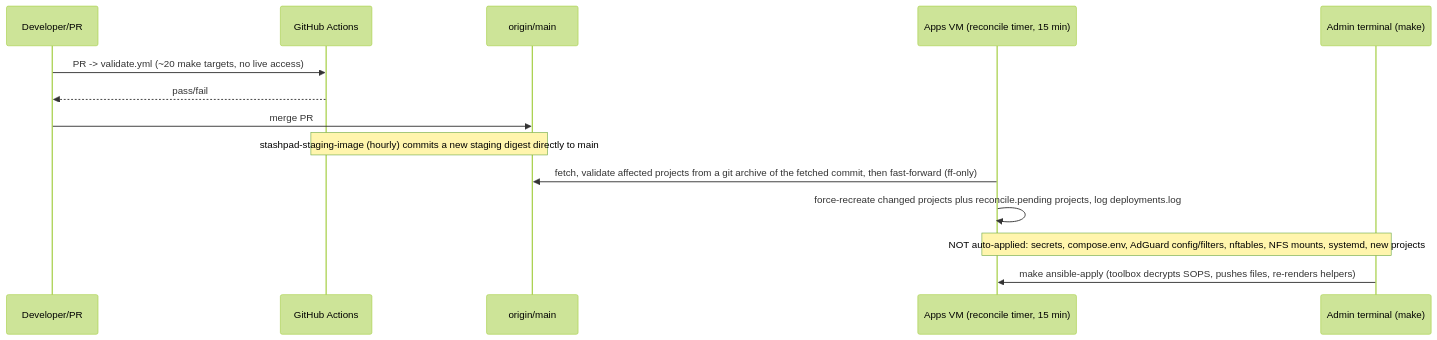
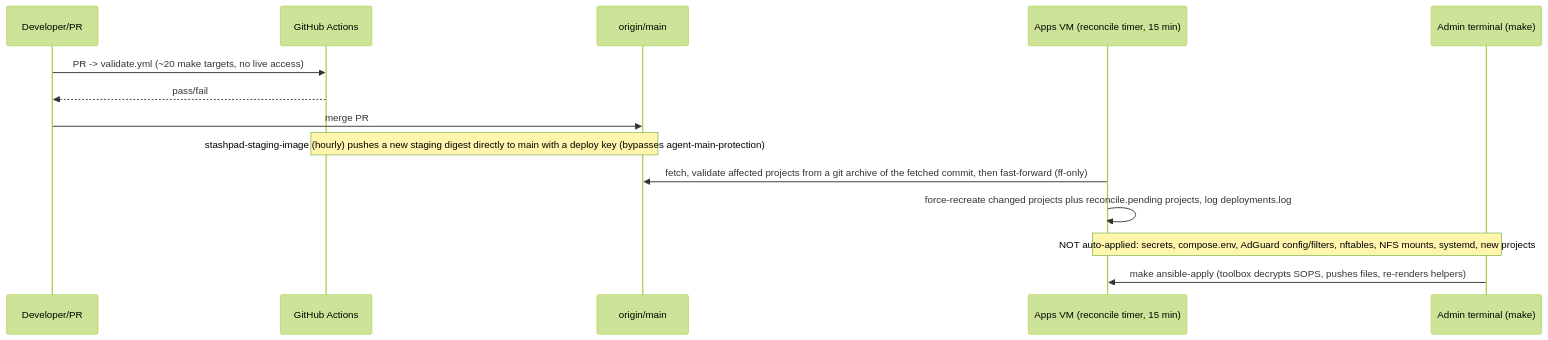
Before and after one commit to koji-genba/homelab: the second of 3 diagrams in docs/CODEBASE_MAP.md, drawn with Mermaid (forest theme). The commit also changed other lines of this file and 5 other files, not shown here.

First line of the commit message:
StashPad staging: push the digest with a deploy key instead of GITHUB_TOKEN (#207)

````diff
--- a/docs/CODEBASE_MAP.md
+++ b/docs/CODEBASE_MAP.md
@@ -287,16 +287,16 @@
 ```mermaid
 sequenceDiagram
     participant Dev as Developer/PR
     participant CI as GitHub Actions
     participant Main as origin/main
     participant VM as Apps VM (reconcile timer, 15 min)
     participant Ops as Admin terminal (make)
     Dev->>CI: PR -> validate.yml (~20 make targets, no live access)
     CI-->>Dev: pass/fail
     Dev->>Main: merge PR
-    Note over CI,Main: stashpad-staging-image (hourly) commits a new staging digest directly to main
+    Note over CI,Main: stashpad-staging-image (hourly) pushes a new staging digest directly to main with a deploy key (bypasses agent-main-protection)
     VM->>Main: fetch, validate affected projects from a git archive of the fetched commit, then fast-forward (ff-only)
     VM->>VM: force-recreate changed projects plus reconcile.pending projects, log deployments.log
     Note over Ops,VM: NOT auto-applied: secrets, compose.env, AdGuard config/filters, nftables, NFS mounts, systemd, new projects
     Ops->>VM: make ansible-apply (toolbox decrypts SOPS, pushes files, re-renders helpers)
 ```
````
